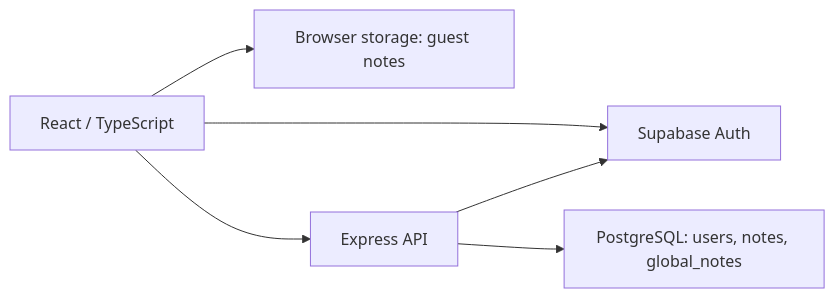
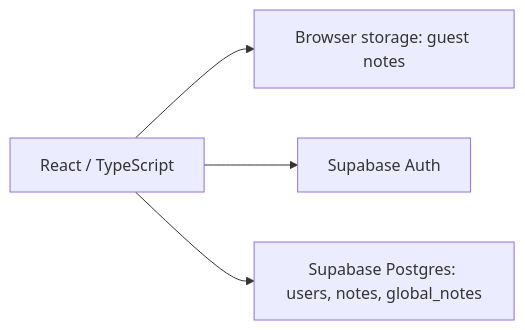
One commit to apelpapa/jot-notes changed the diagram in README.md. Above: the diagram before and after it, drawn with Mermaid. The commit also changed other lines of this file and 64 other files, not shown here.

````diff
--- a/README.md
+++ b/README.md
@@ -23,8 +21,6 @@
 ```mermaid
 flowchart LR
     UI[React / TypeScript] --> Browser[Browser storage: guest notes]
     UI --> Auth[Supabase Auth]
-    UI --> API[Express API]
-    API --> Auth
-    API --> DB[PostgreSQL: users, notes, global_notes]
+    UI --> DB[Supabase Postgres: users, notes, global_notes]
 ```
````
